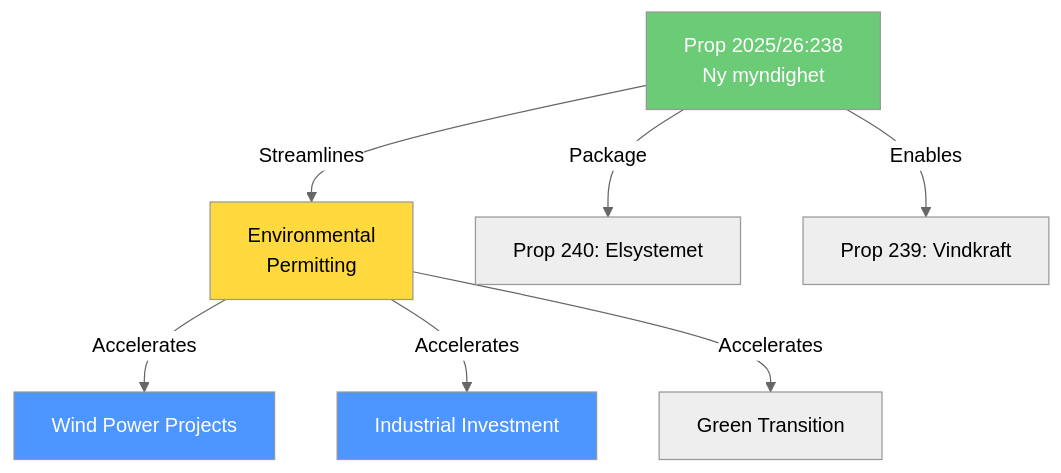
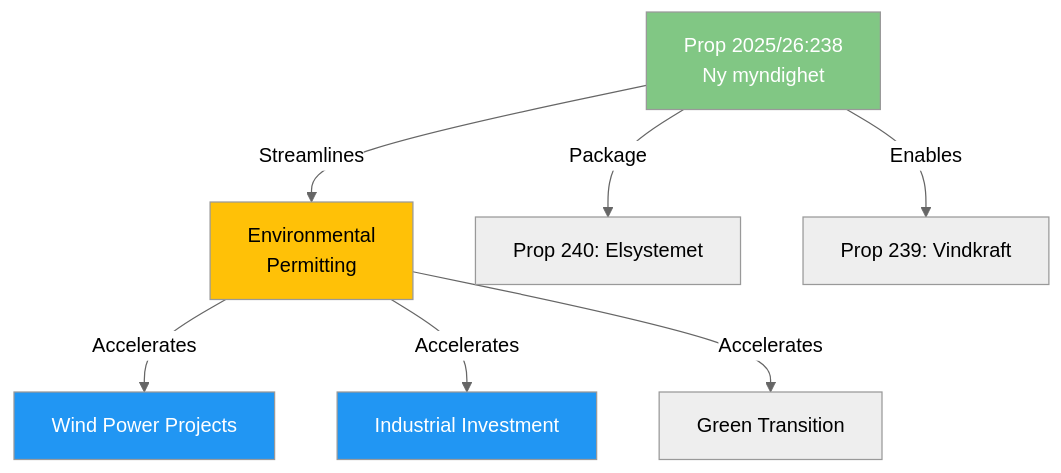
The diagram in analysis/daily/2026-04-14/realtime-1526/documents/hd03238-analysis.md (Hack23/riksdagsmonitor), drawn with Mermaid (neutral theme) before and after one commit. The commit also changed 785 other files, not shown here.

First line of the commit message:
Normalize mermaid colors across 786 analysis artifacts to ISMS Style Guide palette

````diff
--- a/analysis/daily/2026-04-14/realtime-1526/documents/hd03238-analysis.md
+++ b/analysis/daily/2026-04-14/realtime-1526/documents/hd03238-analysis.md
@@ -18,13 +18,13 @@
 ```mermaid
 graph TD
     A["Prop 2025/26:238<br/>Ny myndighet"] -->|"Streamlines"| B["Environmental<br/>Permitting"]
     B -->|"Accelerates"| C["Wind Power Projects"]
     B -->|"Accelerates"| D["Industrial Investment"]
     B -->|"Accelerates"| E["Green Transition"]
     A -->|"Package"| F["Prop 240: Elsystemet"]
     A -->|"Enables"| G["Prop 239: Vindkraft"]
-    style A fill:#6bcb77,color:#fff
-    style B fill:#ffd93d,color:#000
-    style C fill:#4d96ff,color:#fff
-    style D fill:#4d96ff,color:#fff
+    style A fill:#81C784,color:#FFFFFF
+    style B fill:#FFC107,color:#000000
+    style C fill:#2196F3,color:#FFFFFF
+    style D fill:#2196F3,color:#FFFFFF
 ```
````
